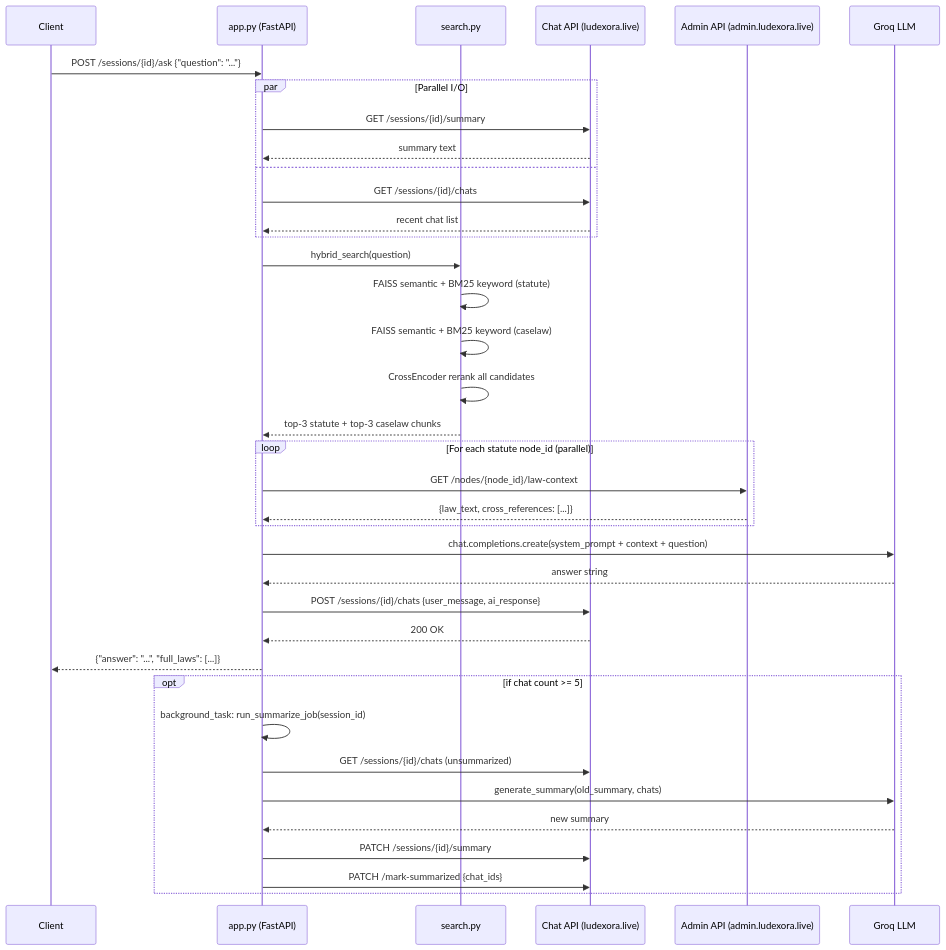
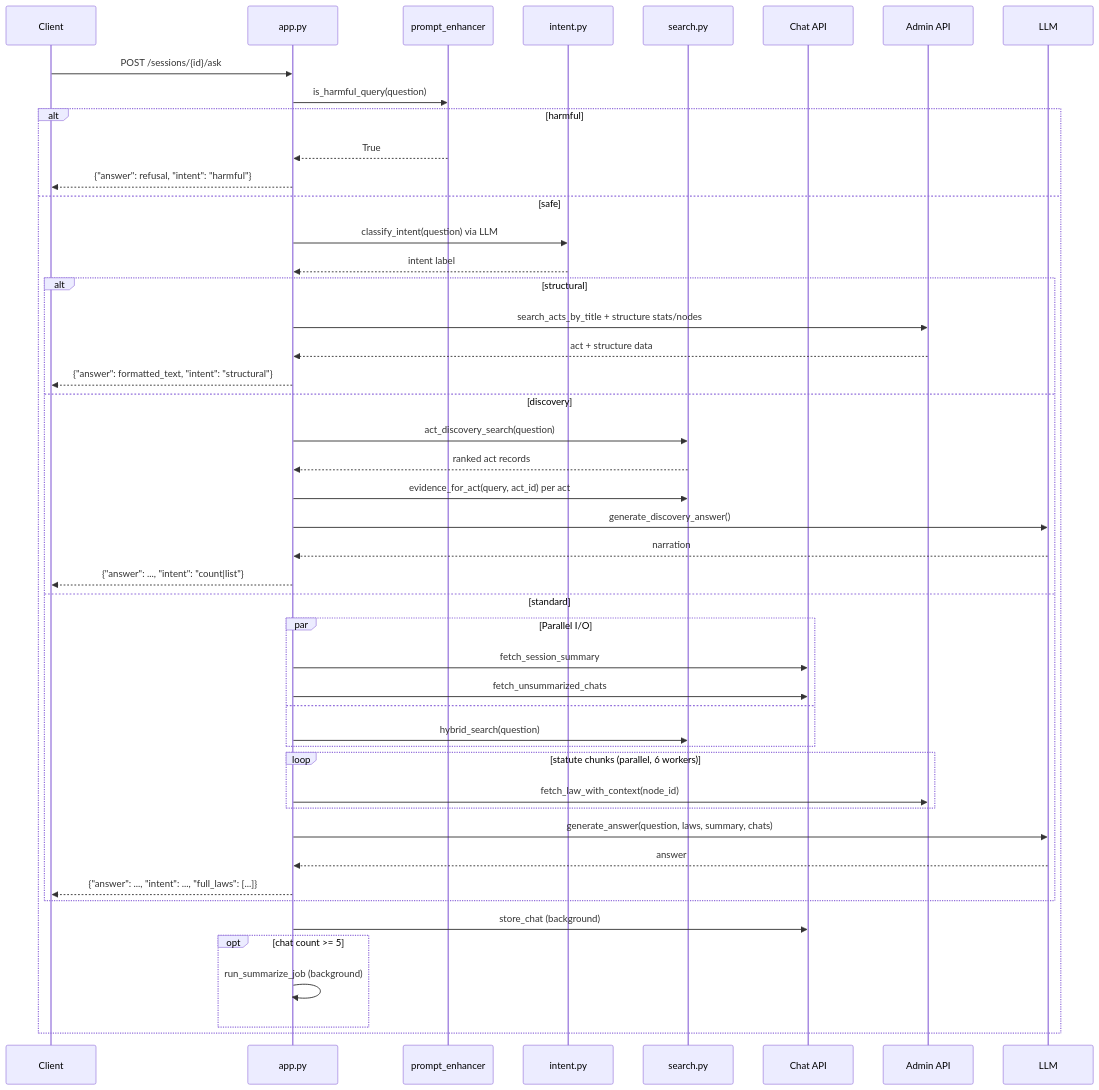
One commit to nilanviduranga/legal_rag changed the diagram in SYSTEM_OVERVIEW.md. Above: the diagram before and after it, drawn with Mermaid. The commit also changed other lines of this file and 2 other files, not shown here.

Commit message:
prompt-enhance

````diff
--- a/SYSTEM_OVERVIEW.md
+++ b/SYSTEM_OVERVIEW.md
@@ -641,47 +849,50 @@
 ```mermaid
 sequenceDiagram
-    participant Client
-    participant App as app.py (FastAPI)
-    participant Search as search.py
-    participant ChatAPI as Chat API (ludexora.live)
-    participant AdminAPI as Admin API (admin.ludexora.live)
-    participant LLM as Groq LLM
+    participant C as Client
+    participant A as app.py
+    participant PE as prompt_enhancer
+    participant IN as intent.py
+    participant S as search.py
+    participant CA as Chat API
+    participant AA as Admin API
+    participant L as LLM
 
-    Client->>App: POST /sessions/{id}/ask {"question": "..."}
-    
-    par Parallel I/O
-        App->>ChatAPI: GET /sessions/{id}/summary
-        ChatAPI-->>App: summary text
-    and
-        App->>ChatAPI: GET /sessions/{id}/chats
-        ChatAPI-->>App: recent chat list
-    end
-    
-    App->>Search: hybrid_search(question)
-    Search->>Search: FAISS semantic + BM25 keyword (statute)
-    Search->>Search: FAISS semantic + BM25 keyword (caselaw)
-    Search->>Search: CrossEncoder rerank all candidates
-    Search-->>App: top-3 statute + top-3 caselaw chunks
-    
-    loop For each statute node_id (parallel)
-        App->>AdminAPI: GET /nodes/{node_id}/law-context
-        AdminAPI-->>App: {law_text, cross_references: [...]}
-    end
-    
-    App->>LLM: chat.completions.create(system_prompt + context + question)
-    LLM-->>App: answer string
-    
-    App->>ChatAPI: POST /sessions/{id}/chats {user_message, ai_response}
-    ChatAPI-->>App: 200 OK
-    
-    App-->>Client: {"answer": "...", "full_laws": [...]}
-    
-    opt if chat count >= 5
-        App->>App: background_task: run_summarize_job(session_id)
-        App->>ChatAPI: GET /sessions/{id}/chats (unsummarized)
-        App->>LLM: generate_summary(old_summary, chats)
-        LLM-->>App: new summary
-        App->>ChatAPI: PATCH /sessions/{id}/summary
-        App->>ChatAPI: PATCH /mark-summarized {chat_ids}
+    C->>A: POST /sessions/{id}/ask
+    A->>PE: is_harmful_query(question)
+    alt harmful
+        PE-->>A: True
+        A-->>C: {"answer": refusal, "intent": "harmful"}
+    else safe
+        A->>IN: classify_intent(question) via LLM
+        IN-->>A: intent label
+        alt structural
+            A->>AA: search_acts_by_title + structure stats/nodes
+            AA-->>A: act + structure data
+            A-->>C: {"answer": formatted_text, "intent": "structural"}
+        else discovery
+            A->>S: act_discovery_search(question)
+            S-->>A: ranked act records
+            A->>S: evidence_for_act(query, act_id) per act
+            A->>L: generate_discovery_answer()
+            L-->>A: narration
+            A-->>C: {"answer": ..., "intent": "count|list"}
+        else standard
+            par Parallel I/O
+                A->>CA: fetch_session_summary
+                A->>CA: fetch_unsummarized_chats
+            and
+                A->>S: hybrid_search(question)
+            end
+            loop statute chunks (parallel, 6 workers)
+                A->>AA: fetch_law_with_context(node_id)
+            end
+            A->>L: generate_answer(question, laws, summary, chats)
+            L-->>A: answer
+            A-->>C: {"answer": ..., "intent": ..., "full_laws": [...]}
+        end
+        A->>CA: store_chat (background)
+        opt chat count >= 5
+            A->>A: run_summarize_job (background)
+        end
     end
 ```
````
